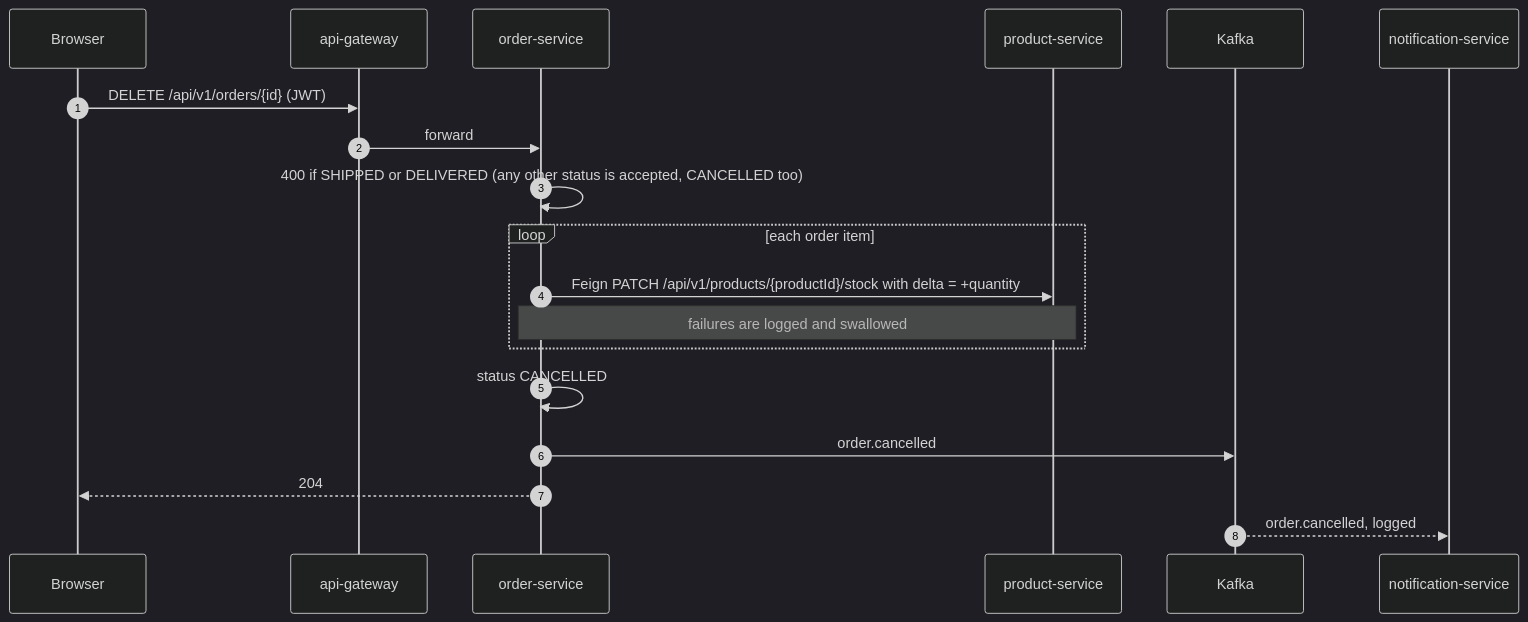
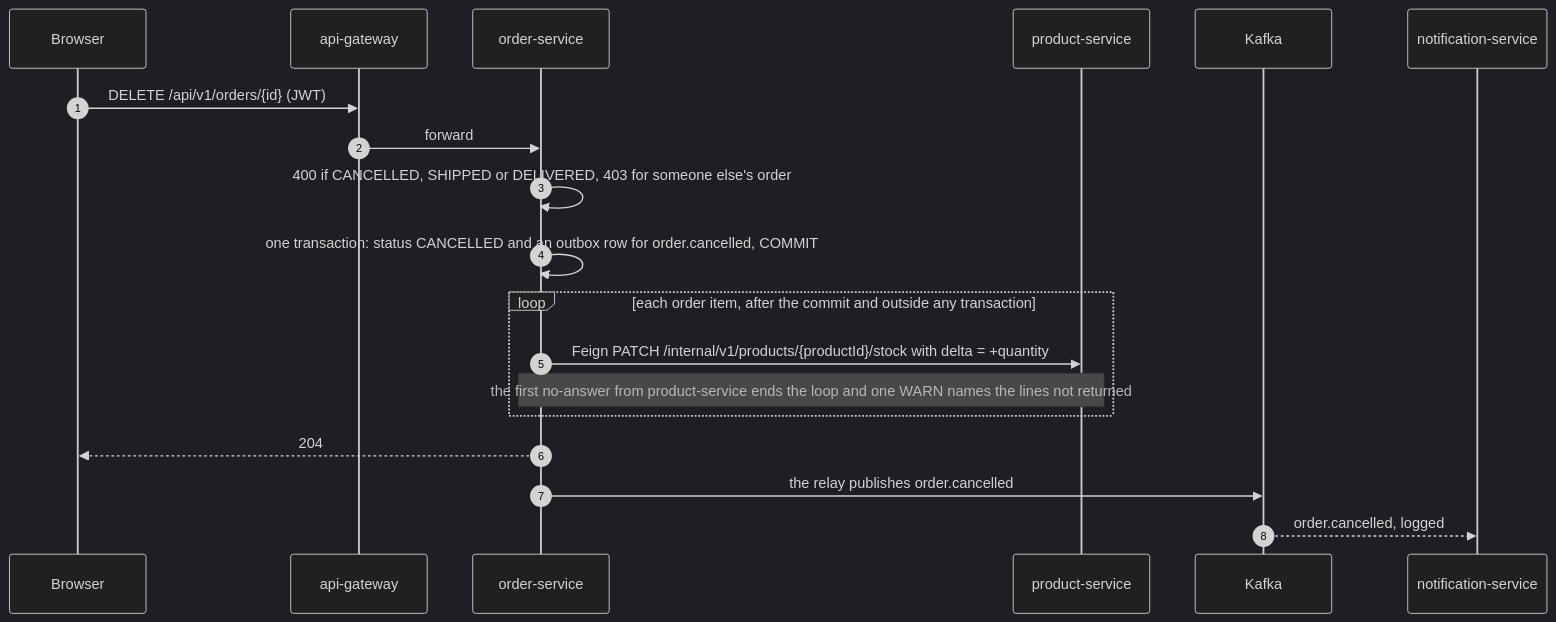
Before and after one commit to bmcnpnr/ecommerce-platform: the seventh of 11 diagrams in docs/flows.md, drawn with Mermaid (dark theme). The commit also changed other lines of this file and 58 other files, not shown here.

````diff
--- a/docs/flows.md
+++ b/docs/flows.md
@@ -203,21 +258,21 @@
 ```mermaid
 sequenceDiagram
     autonumber
     participant B as Browser
     participant G as api-gateway
     participant O as order-service
     participant P as product-service
     participant K as Kafka
     participant N as notification-service
     B->>G: DELETE /api/v1/orders/{id} (JWT)
     G->>O: forward
-    O->>O: 400 if SHIPPED or DELIVERED (any other status is accepted, CANCELLED too)
-    loop each order item
-        O->>P: Feign PATCH /api/v1/products/{productId}/stock with delta = +quantity
-        Note over O,P: failures are logged and swallowed
+    O->>O: 400 if CANCELLED, SHIPPED or DELIVERED, 403 for someone else's order
+    O->>O: one transaction: status CANCELLED and an outbox row for order.cancelled, COMMIT
+    loop each order item, after the commit and outside any transaction
+        O->>P: Feign PATCH /internal/v1/products/{productId}/stock with delta = +quantity
+        Note over O,P: the first no-answer from product-service ends the loop and one WARN names the lines not returned
     end
-    O->>O: status CANCELLED
-    O->>K: order.cancelled
     O-->>B: 204
+    O->>K: the relay publishes order.cancelled
     K-->>N: order.cancelled, logged
 ```
````
